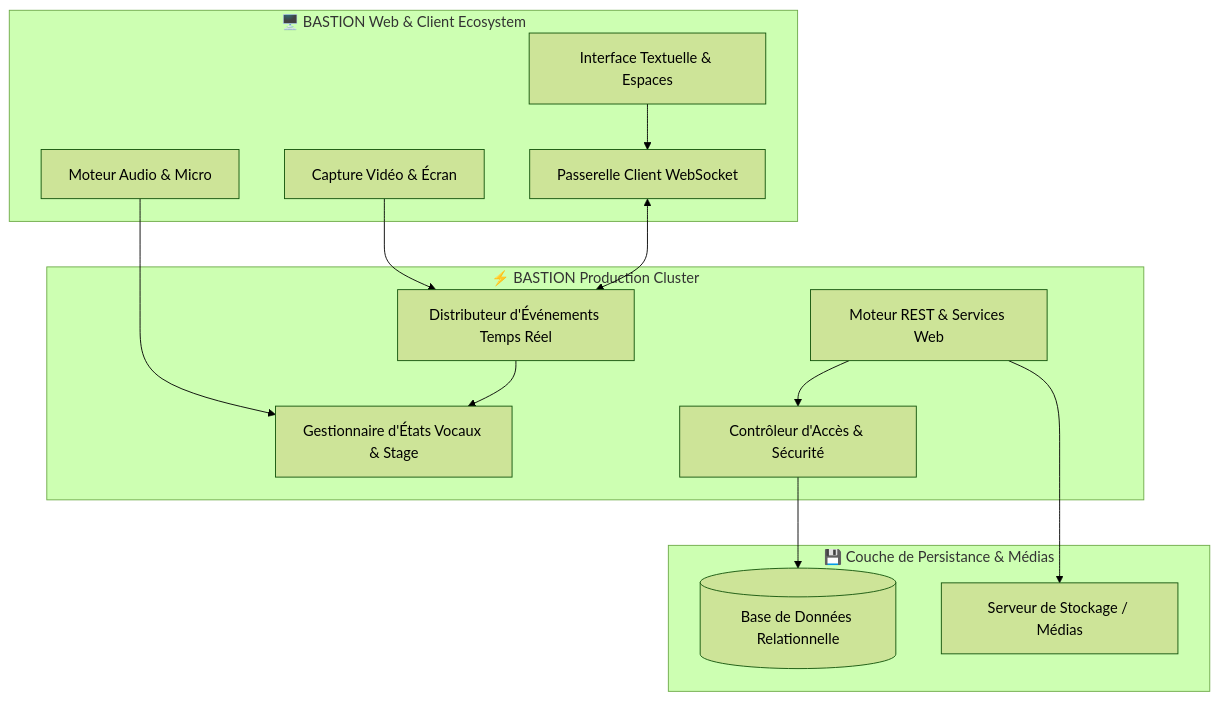
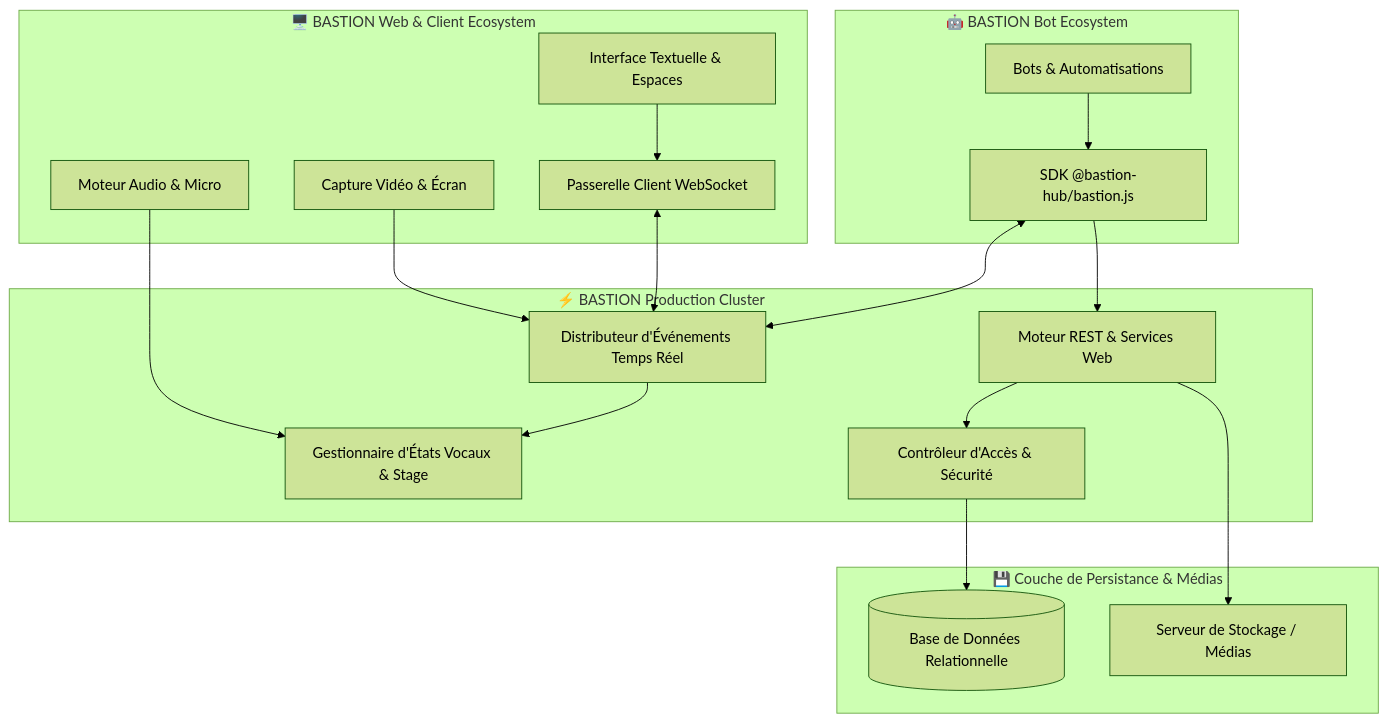
Before and after one commit to Bastion-Officiel/.github: the diagram in profile/README.md, drawn with Mermaid (forest theme). The commit also changed other lines of this file, not shown here.

````diff
--- a/profile/README.md
+++ b/profile/README.md
@@ -123,30 +164,38 @@
 ```mermaid
 flowchart TD
     subgraph ClientLayer ["🖥️ BASTION Web & Client Ecosystem"]
         ChatUI["Interface Textuelle & Espaces"]
         VoiceAnalyzer["Moteur Audio & Micro"]
         ScreenCapturer["Capture Vidéo & Écran"]
         WSClient["Passerelle Client WebSocket"]
     end
 
     subgraph ServerLayer ["⚡ BASTION Production Cluster"]
         HTTPServer["Moteur REST & Services Web"]
         WSBroker["Distributeur d'Événements Temps Réel"]
         VoiceHub["Gestionnaire d'États Vocaux & Stage"]
         AuthSecurity["Contrôleur d'Accès & Sécurité"]
     end
 
+    subgraph BotLayer ["🤖 BASTION Bot Ecosystem"]
+        BastionJS["SDK @bastion-hub/bastion.js"]
+        BotApp["Bots & Automatisations"]
+    end
+
     subgraph DataLayer ["💾 Couche de Persistance & Médias"]
         Database[(Base de Données Relationnelle)]
         StorageVault["Serveur de Stockage / Médias"]
     end
 
     ChatUI --> WSClient
     VoiceAnalyzer --> VoiceHub
     ScreenCapturer --> WSBroker
     WSClient <--> WSBroker
+    BotApp --> BastionJS
+    BastionJS <--> WSBroker
+    BastionJS --> HTTPServer
     HTTPServer --> AuthSecurity
     AuthSecurity --> Database
     WSBroker --> VoiceHub
     HTTPServer --> StorageVault
 ```
````
